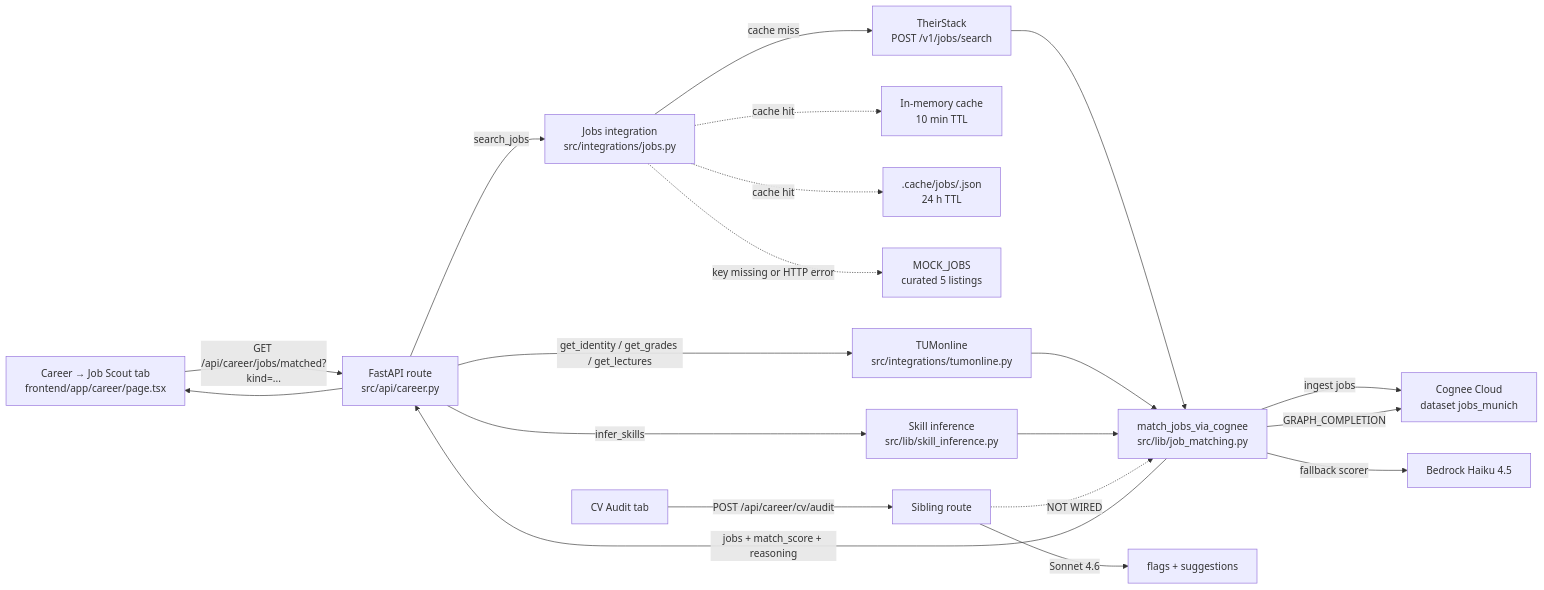
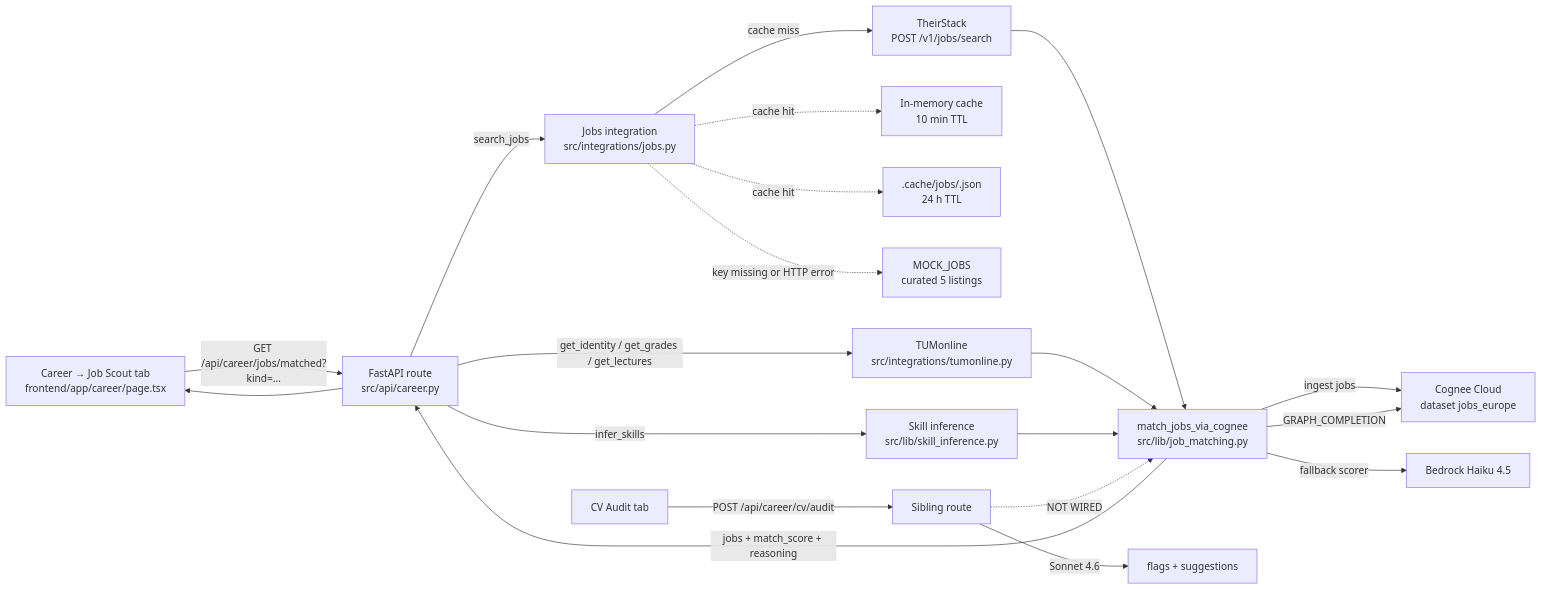
One commit to brscn2/campus-copilot changed the diagram in docs/jobs-pipeline.md. Above: the diagram before and after it, drawn with Mermaid. The commit also changed other lines of this file and 5 other files, not shown here.

````diff
--- a/docs/jobs-pipeline.md
+++ b/docs/jobs-pipeline.md
@@ -25,27 +26,27 @@
 ```mermaid
 flowchart LR
     UI[Career → Job Scout tab\nfrontend/app/career/page.tsx] -->|"GET /api/career/jobs/matched?kind=..."| API[FastAPI route\nsrc/api/career.py]
 
     API -->|search_jobs| INTEG[Jobs integration\nsrc/integrations/jobs.py]
     INTEG -->|cache miss| TS[TheirStack\nPOST /v1/jobs/search]
     INTEG -.->|cache hit| MEM[In-memory cache\n10 min TTL]
     INTEG -.->|cache hit| DISK[".cache/jobs/<sha1>.json\n24 h TTL"]
     INTEG -.->|key missing or HTTP error| MOCK[MOCK_JOBS\ncurated 5 listings]
 
     API -->|"get_identity / get_grades / get_lectures"| TUM[TUMonline\nsrc/integrations/tumonline.py]
     API -->|infer_skills| SKILL[Skill inference\nsrc/lib/skill_inference.py]
 
     TS --> MATCH[match_jobs_via_cognee\nsrc/lib/job_matching.py]
     TUM --> MATCH
     SKILL --> MATCH
-    MATCH -->|ingest jobs| COG["Cognee Cloud\ndataset jobs_munich"]
+    MATCH -->|ingest jobs| COG["Cognee Cloud\ndataset jobs_europe"]
     MATCH -->|GRAPH_COMPLETION| COG
     MATCH -->|fallback scorer| HAIKU[Bedrock Haiku 4.5]
 
     MATCH -->|jobs + match_score + reasoning| API
     API --> UI
 
     CV[CV Audit tab] -->|POST /api/career/cv/audit| AUDIT[Sibling route]
     AUDIT -->|Sonnet 4.6| FLAGS[flags + suggestions]
     AUDIT -.->|"NOT WIRED"| MATCH
 ```
````
